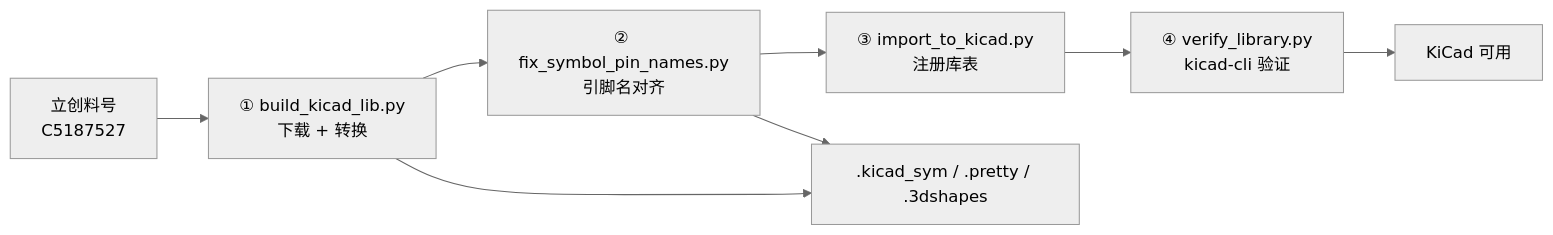
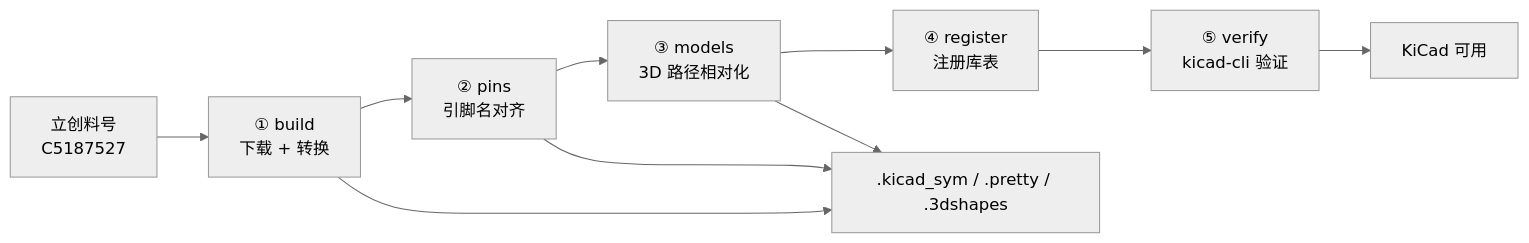
The diagram in README.md (edeliris/lcsc2kicad), drawn with Mermaid (neutral theme) before and after one commit. The commit also changed other lines of this file and 10 other files, not shown here.

````diff
--- a/README.md
+++ b/README.md
@@ -55,10 +69,12 @@
 ```mermaid
 flowchart LR
-    A["立创料号<br/>C5187527"] --> B["① build_kicad_lib.py<br/>下载 + 转换"]
-    B --> C["② fix_symbol_pin_names.py<br/>引脚名对齐"]
-    C --> D["③ import_to_kicad.py<br/>注册库表"]
-    D --> E["④ verify_library.py<br/>kicad-cli 验证"]
-    E --> F["KiCad 可用"]
-    B --> G[".kicad_sym / .pretty / .3dshapes"]
-    C --> G
+    A["立创料号<br/>C5187527"] --> B["① build<br/>下载 + 转换"]
+    B --> C["② pins<br/>引脚名对齐"]
+    C --> D["③ models<br/>3D 路径相对化"]
+    D --> E["④ register<br/>注册库表"]
+    E --> F["⑤ verify<br/>kicad-cli 验证"]
+    F --> G["KiCad 可用"]
+    B --> H[".kicad_sym / .pretty / .3dshapes"]
+    C --> H
+    D --> H
 ```
````
